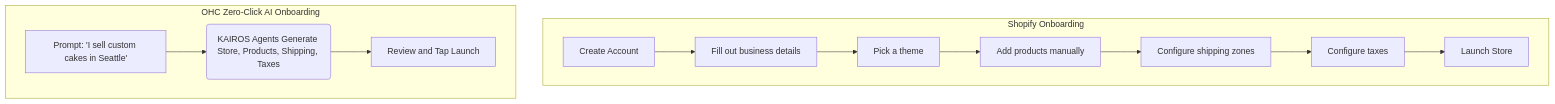
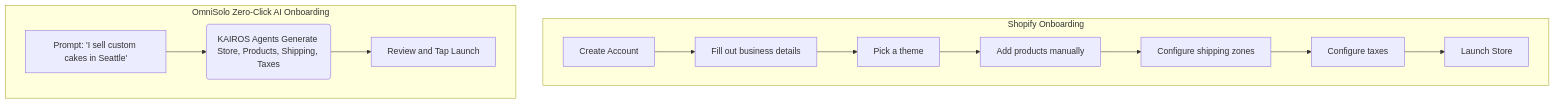
One commit to omnisolo-llc/onehumancorp changed the third of 3 diagrams in docs/research/[research]_zero_click_ai_storefront_generator.md. Above: the diagram before and after it, drawn with Mermaid. The commit also changed other lines of this file and 2191 other files, not shown here.

Commit message:
feat: complete OmniSolo rename and browser audit

````diff
--- a/docs/research/[research]_zero_click_ai_storefront_generator.md
+++ b/docs/research/[research]_zero_click_ai_storefront_generator.md
@@ -133,16 +133,16 @@
 ```mermaid
 graph TD
     subgraph Shopify Onboarding
     S1[Create Account] --> S2[Fill out business details]
     S2 --> S3[Pick a theme]
     S3 --> S4[Add products manually]
     S4 --> S5[Configure shipping zones]
     S5 --> S6[Configure taxes]
     S6 --> S7[Launch Store]
     end
 
-    subgraph OHC Zero-Click AI Onboarding
+    subgraph OmniSolo Zero-Click AI Onboarding
     O1[Prompt: 'I sell custom cakes in Seattle'] --> O2(KAIROS Agents Generate Store, Products, Shipping, Taxes)
     O2 --> O3[Review and Tap Launch]
     end
 ```
````
